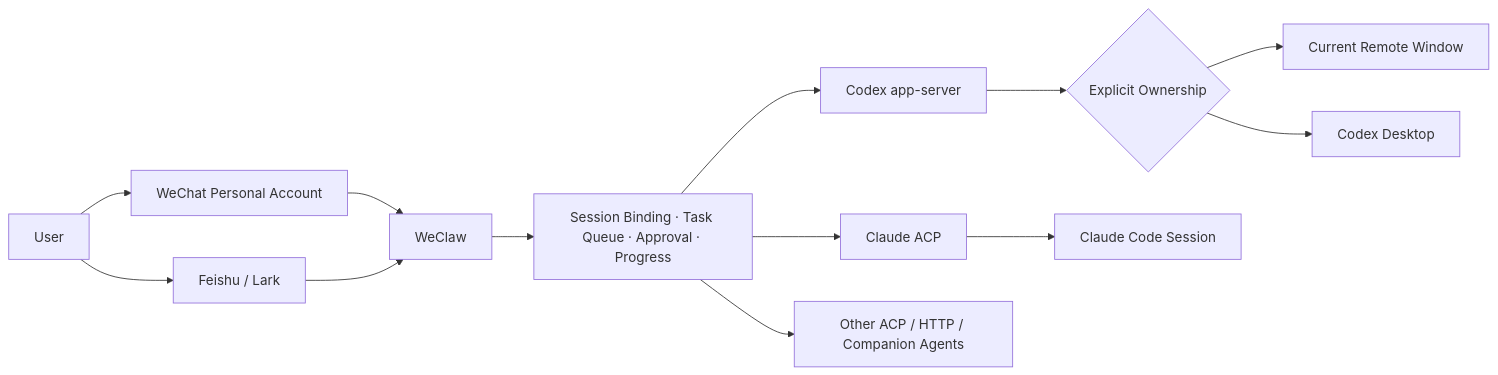
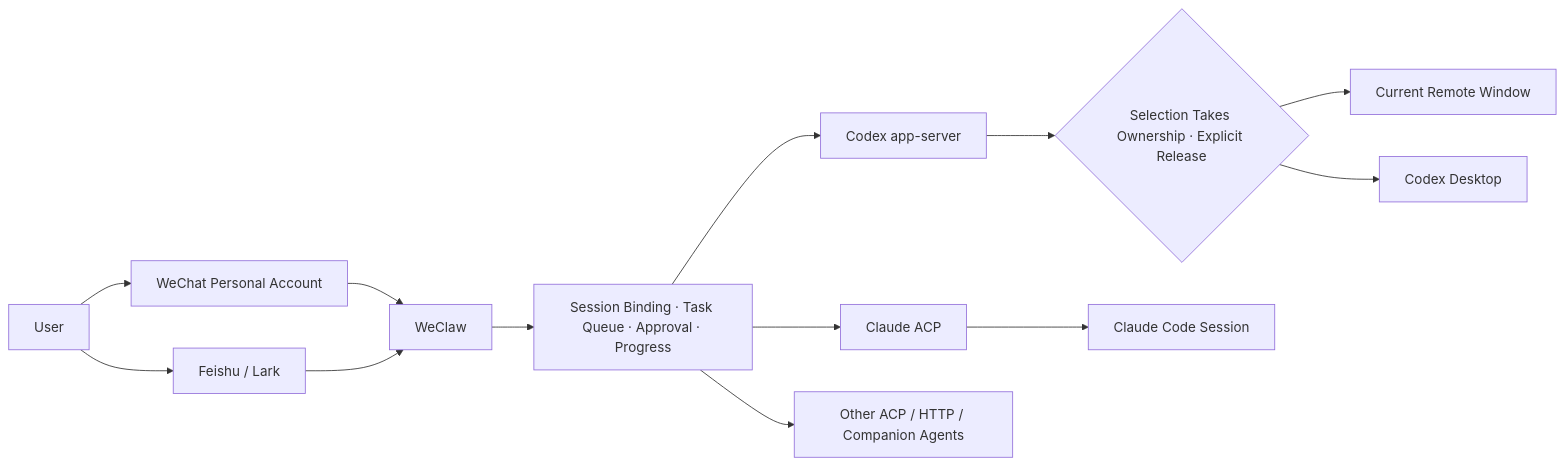
The diagram in README.md (TingRuDeng/weclaw), drawn with Mermaid before and after one commit. The commit also changed other lines of this file and 6 other files, not shown here.

````diff
--- a/README.md
+++ b/README.md
@@ -92,15 +93,15 @@
 ```mermaid
 flowchart LR
     User[User] --> WeChat[WeChat Personal Account]
     User --> Feishu[Feishu / Lark]
     WeChat --> Bridge[WeClaw]
     Feishu --> Bridge
     Bridge --> Core[Session Binding · Task Queue · Approval · Progress]
     Core --> Codex[Codex app-server]
     Core --> Claude[Claude ACP]
     Core --> Other[Other ACP / HTTP / Companion Agents]
-    Codex --> Owner{Explicit Ownership}
+    Codex --> Owner{Selection Takes Ownership · Explicit Release}
     Owner --> Remote[Current Remote Window]
     Owner --> Desktop[Codex Desktop]
     Claude --> Session[Claude Code Session]
 ```
````
